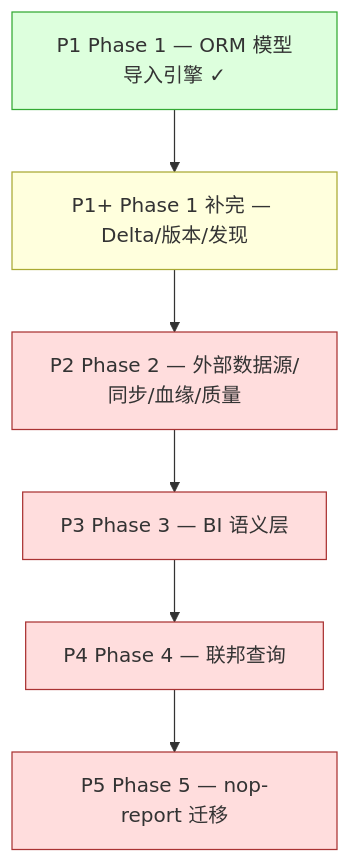
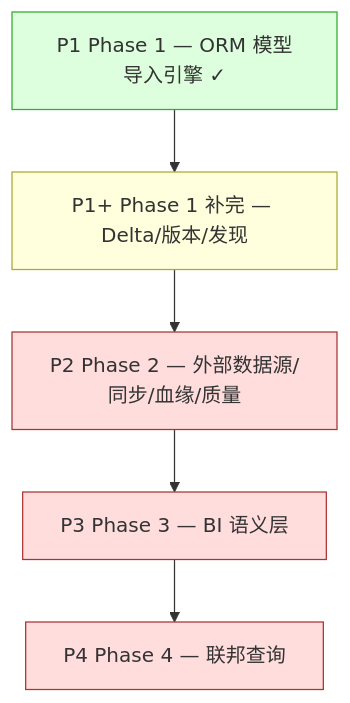
The diagram in ai-dev/design/nop-metadata/nop-metadata-roadmap.md (entropy-cloud/nop-entropy), drawn with Mermaid before and after one commit. The commit also changed other lines of this file and 11 other files, not shown here.

First line of the commit message:
docs(nop-metadata): plan-2026-07-16-1905 docs/log/roadmap 更新

````diff
--- a/ai-dev/design/nop-metadata/nop-metadata-roadmap.md
+++ b/ai-dev/design/nop-metadata/nop-metadata-roadmap.md
@@ -165,22 +153,19 @@
 ```mermaid
 graph TD
     P1["P1 Phase 1 — ORM 模型导入引擎 ✓"]
     P1P["P1+ Phase 1 补完 — Delta/版本/发现"]
     P2["P2 Phase 2 — 外部数据源/同步/血缘/质量"]
     P3["P3 Phase 3 — BI 语义层"]
     P4["P4 Phase 4 — 联邦查询"]
-    P5["P5 Phase 5 — nop-report 迁移"]
 
     P1 --> P1P
     P1P --> P2
     P2 --> P3
     P3 --> P4
-    P4 --> P5
 
     style P1 fill:#dfd,stroke:#3a3
     style P1P fill:#ffd,stroke:#aa3
     style P2 fill:#fdd,stroke:#a33
     style P3 fill:#fdd,stroke:#a33
     style P4 fill:#fdd,stroke:#a33
-    style P5 fill:#fdd,stroke:#a33
 ```
````
